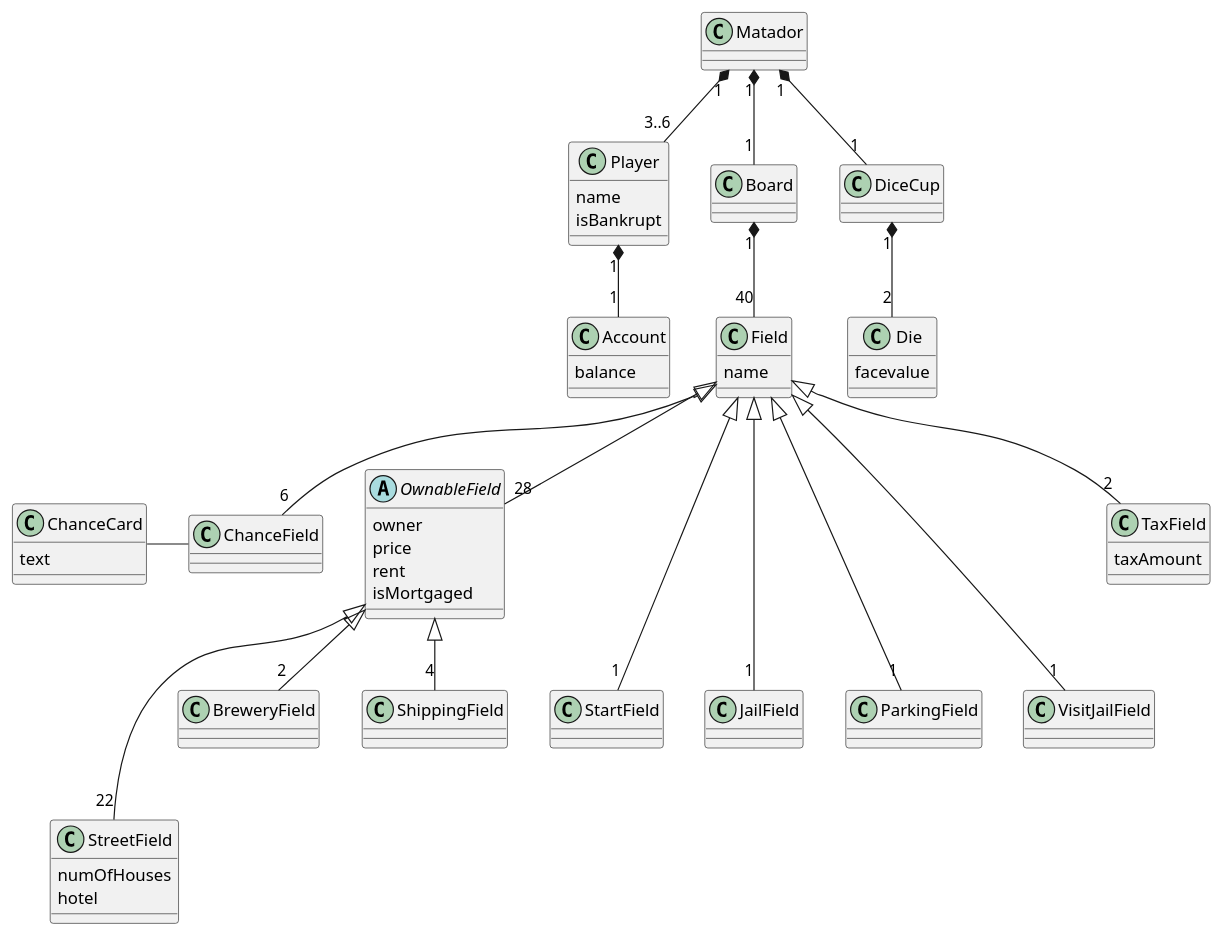
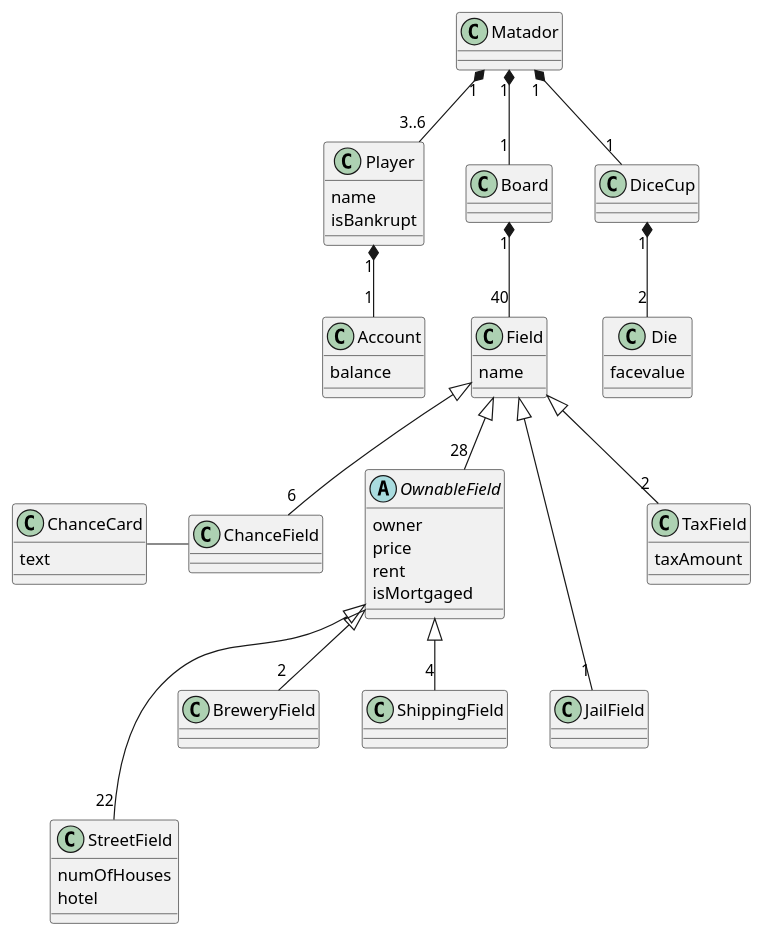
The diagram in 18_final/UML/DomainModel.puml (GabeKierk889/gruppe-18), drawn with PlantUML before and after one commit.

Commit message:
updated domain model

```diff
--- a/18_final/UML/DomainModel.puml
+++ b/18_final/UML/DomainModel.puml
@@ -1,102 +1,87 @@
 @startuml
 'https://plantuml.com/class-diagram
 skinparam classAttributeIconSize 0
 
 class Matador {
 
 }
 
 class Player {
     name
     isBankrupt
 }
 
 class Board {
 
 }
 
 class Field {
     name
 }
 
 class Account {
     balance
 }
 
 class DiceCup {
 
 }
 
 class Die {
     facevalue
 
 }
 
 class ChanceCard {
     text
 }
 
 abstract class OwnableField {
         owner
         price
         rent
         isMortgaged
 }
 
-class StartField {
-
-}
-
 class StreetField {
     numOfHouses
     hotel
 }
 
 class BreweryField {
 
 }
 
 class ShippingField {
 
 }
 
 class ChanceField {
 
 }
 
 class JailField {
 
 }
 
-class ParkingField {
-
-}
-
-class VisitJailField {
-
-}
-
 class TaxField {
     taxAmount
 }
 
 Matador "1" *-- "1" Board
 Matador "1" *-- "1" DiceCup
 Matador "1" *-- "3..6" Player
 Player "1" *-- "1" Account
 Board "1" *-- "40" Field
-Field <|--- "1" StartField
 OwnableField <|--- "22" StreetField
 Field <|-- "6" ChanceField
 Field <|--- "1" JailField
-Field <|--- "1" ParkingField
-Field <|--- "1" VisitJailField
 ChanceCard - ChanceField
 DiceCup "1" *-- "2" Die
 Field <|-- "28" OwnableField
 OwnableField <|-- "2" BreweryField
 OwnableField <|-- "4" ShippingField
 Field <|-- "2" TaxField
 
 
 @enduml
```
